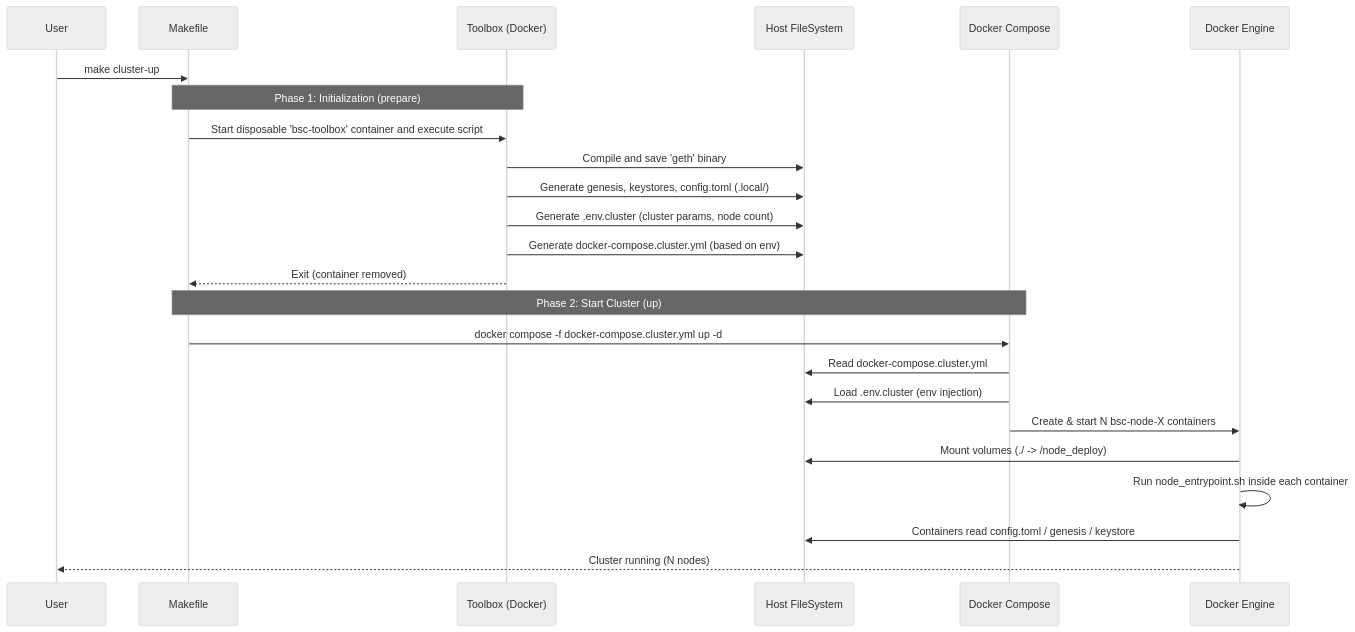
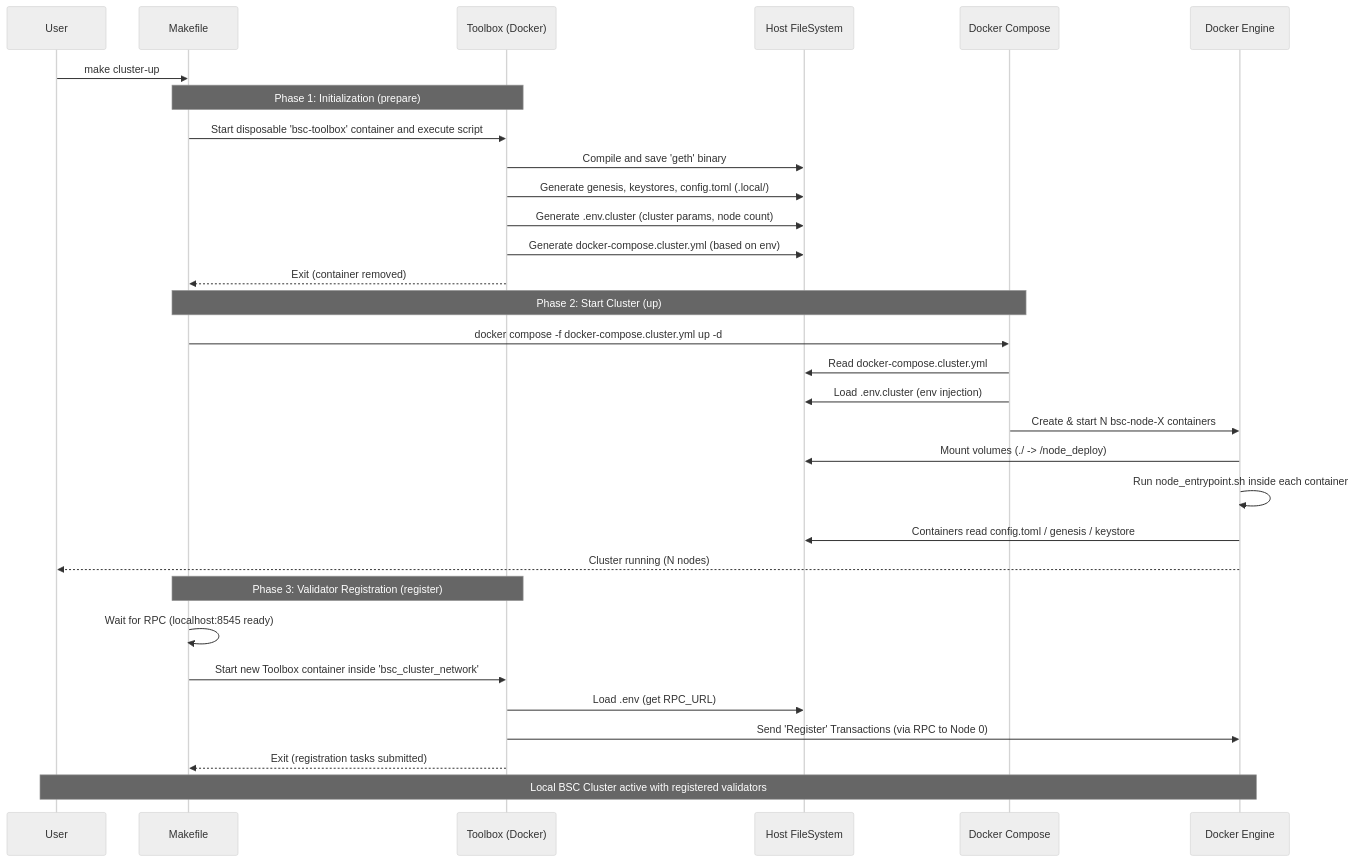
Before and after one commit to bnb-chain/node-deploy: the diagram in README.md, drawn with Mermaid (neutral theme). The commit also changed other lines of this file and 4 other files, not shown here.

First line of the commit message:
feat(load-test): stabilize BSC cluster setup and validator registration flow (#5)

````diff
--- a/README.md
+++ b/README.md
@@ -102,36 +102,45 @@
 ```mermaid
 sequenceDiagram
     participant User
     participant Makefile
     participant Toolbox as Toolbox (Docker)
     participant HostFS as Host FileSystem
     participant Compose as Docker Compose
     participant Docker as Docker Engine
 
     User->>Makefile: make cluster-up
 
     Note over Makefile,Toolbox: Phase 1: Initialization (prepare)
     Makefile->>Toolbox: Start disposable 'bsc-toolbox' container and execute script
 
     Toolbox->>HostFS: Compile and save 'geth' binary
     Toolbox->>HostFS: Generate genesis, keystores, config.toml (.local/)
     Toolbox->>HostFS: Generate .env.cluster (cluster params, node count)
     Toolbox->>HostFS: Generate docker-compose.cluster.yml (based on env)
 
     Toolbox-->>Makefile: Exit (container removed)
 
     Note over Makefile,Compose: Phase 2: Start Cluster (up)
     Makefile->>Compose: docker compose -f docker-compose.cluster.yml up -d
 
     Compose->>HostFS: Read docker-compose.cluster.yml
     Compose->>HostFS: Load .env.cluster (env injection)
 
     Compose->>Docker: Create & start N bsc-node-X containers
 
     Docker->>HostFS: Mount volumes (./ -> /node_deploy)
 
     Docker->>Docker: Run node_entrypoint.sh inside each container
     Docker->>HostFS: Containers read config.toml / genesis / keystore
 
     Docker-->>User: Cluster running (N nodes)
+
+    Note over Makefile,Toolbox: Phase 3: Validator Registration (register)
+    Makefile->>Makefile: Wait for RPC (localhost:8545 ready)
+    Makefile->>Toolbox: Start new Toolbox container inside 'bsc_cluster_network'
+    Toolbox->>HostFS: Load .env (get RPC_URL)
+    Toolbox->>Docker: Send 'Register' Transactions (via RPC to Node 0)
+    Toolbox-->>Makefile: Exit (registration tasks submitted)
+
+    Note over User,Docker: Local BSC Cluster active with registered validators
 ```
````
